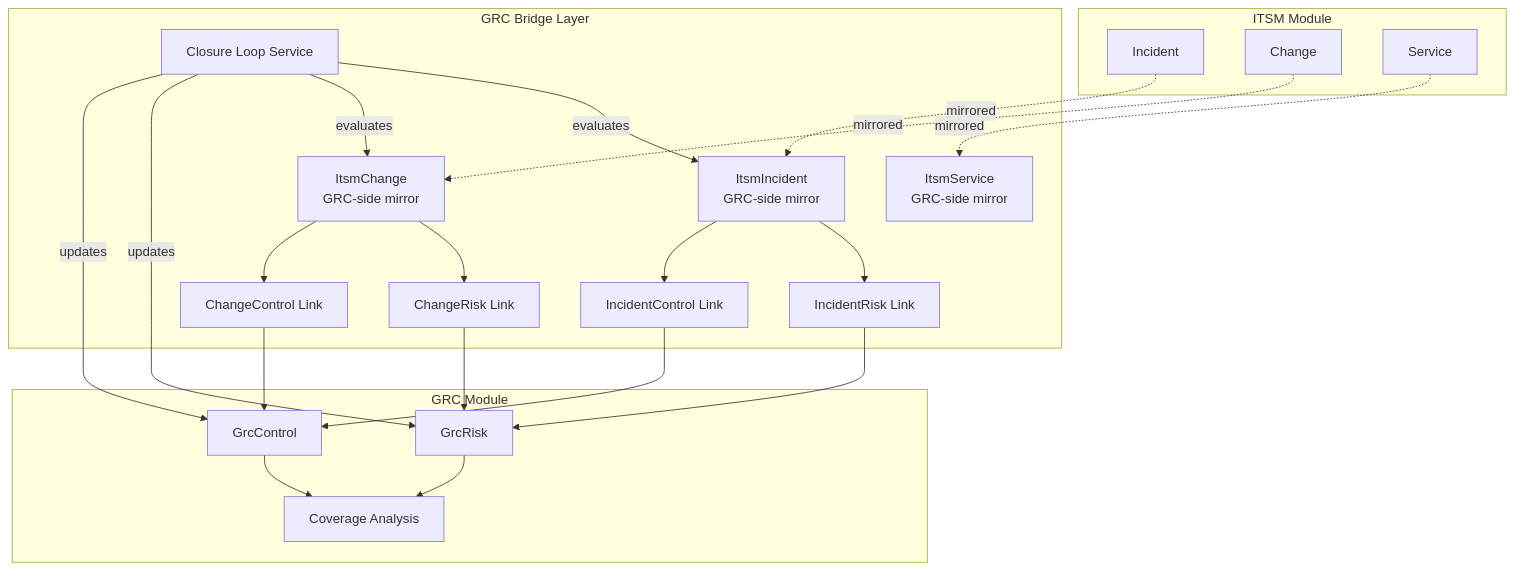
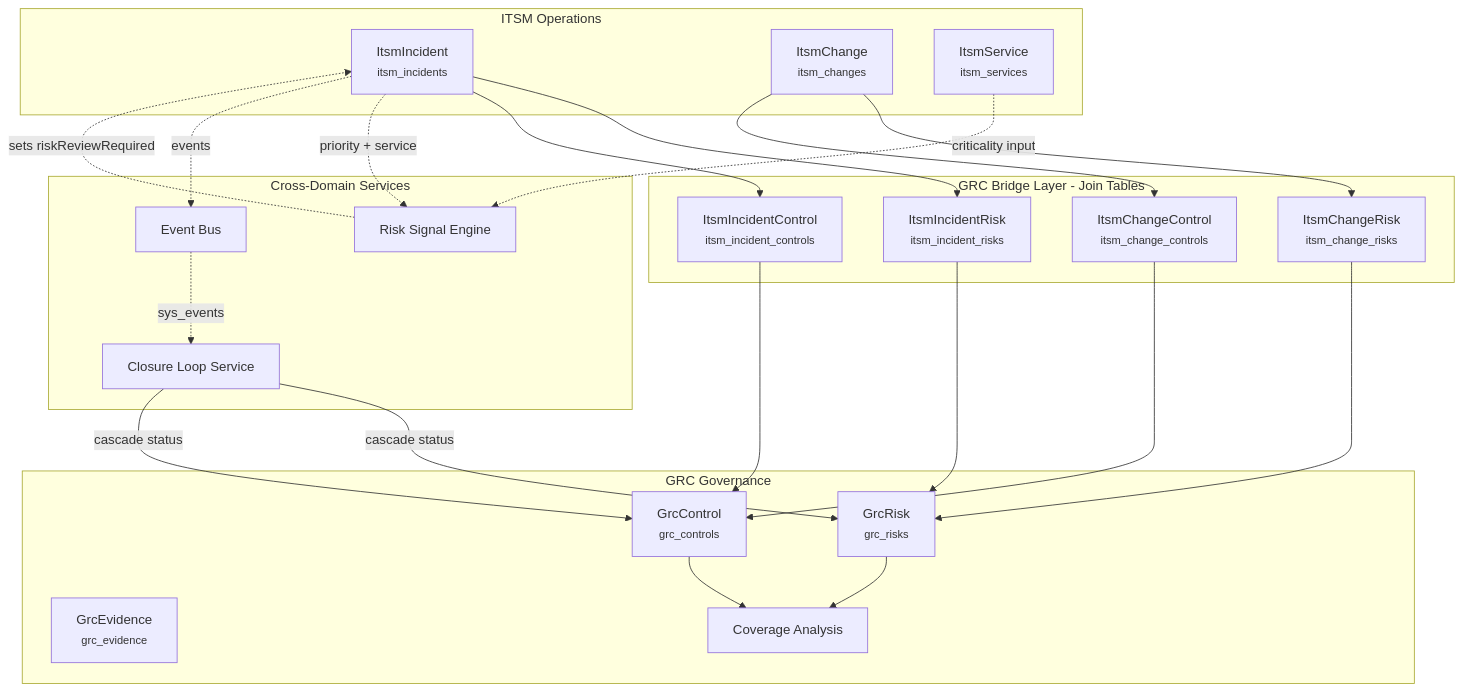
Before and after one commit to Gokhanagingil/grc: the first of 9 diagrams in docs/suite/05_ITSM_GRC_BRIDGES.md, drawn with Mermaid. The commit also changed other lines of this file, not shown here.

First line of the commit message:
docs: finalize ITSM-GRC Bridges guide (05_BRIDGES.md) with full evidence index

````diff
--- a/docs/suite/05_ITSM_GRC_BRIDGES.md
+++ b/docs/suite/05_ITSM_GRC_BRIDGES.md
@@ -42,34 +85,42 @@
 ```mermaid
 graph TD
-    subgraph "ITSM Module"
-        INC[Incident]
-        CHG[Change]
-        SVC[Service]
+    subgraph "ITSM Operations"
+        INC["ItsmIncident<br/><small>itsm_incidents</small>"]
+        CHG["ItsmChange<br/><small>itsm_changes</small>"]
+        SVC["ItsmService<br/><small>itsm_services</small>"]
     end
-    subgraph "GRC Bridge Layer"
-        INC_B[ItsmIncident<br/>GRC-side mirror]
-        CHG_B[ItsmChange<br/>GRC-side mirror]
-        SVC_B[ItsmService<br/>GRC-side mirror]
-        INC_R[IncidentRisk Link]
-        INC_C[IncidentControl Link]
-        CHG_R[ChangeRisk Link]
-        CHG_C[ChangeControl Link]
-        CL[Closure Loop Service]
+
+    subgraph "GRC Bridge Layer - Join Tables"
+        IR["ItsmIncidentRisk<br/><small>itsm_incident_risks</small>"]
+        IC["ItsmIncidentControl<br/><small>itsm_incident_controls</small>"]
+        CR["ItsmChangeRisk<br/><small>itsm_change_risks</small>"]
+        CC["ItsmChangeControl<br/><small>itsm_change_controls</small>"]
     end
-    subgraph "GRC Module"
-        RISK[GrcRisk]
-        CTRL[GrcControl]
-        COV[Coverage Analysis]
+
+    subgraph "GRC Governance"
+        RISK["GrcRisk<br/><small>grc_risks</small>"]
+        CTRL["GrcControl<br/><small>grc_controls</small>"]
+        EVID["GrcEvidence<br/><small>grc_evidence</small>"]
+        COV["Coverage Analysis"]
     end
-    INC -.->|mirrored| INC_B
-    CHG -.->|mirrored| CHG_B
-    SVC -.->|mirrored| SVC_B
-    INC_B --> INC_R --> RISK
-    INC_B --> INC_C --> CTRL
-    CHG_B --> CHG_R --> RISK
-    CHG_B --> CHG_C --> CTRL
-    CL -->|evaluates| INC_B & CHG_B
-    CL -->|updates| RISK & CTRL
+
+    subgraph "Cross-Domain Services"
+        RS["Risk Signal Engine"]
+        CL["Closure Loop Service"]
+        EB["Event Bus"]
+    end
+
+    INC --> IR --> RISK
+    INC --> IC --> CTRL
+    CHG --> CR --> RISK
+    CHG --> CC --> CTRL
+    SVC -.->|criticality input| RS
+    INC -.->|priority + service| RS
+    RS -.->|sets riskReviewRequired| INC
+    CL -->|cascade status| RISK
+    CL -->|cascade status| CTRL
     RISK --> COV
     CTRL --> COV
+    INC -.->|events| EB
+    EB -.->|sys_events| CL
 ```
````
